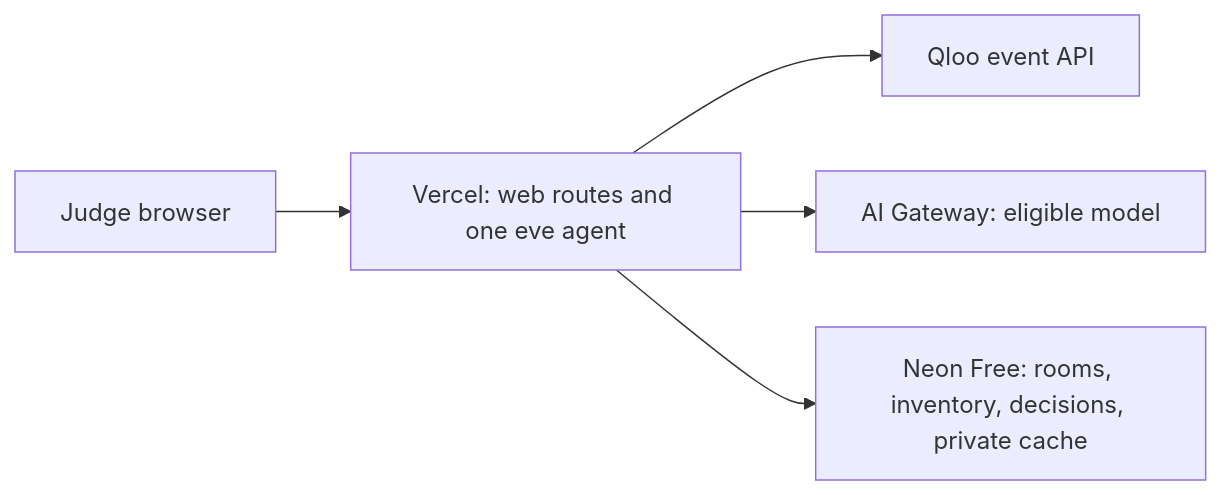
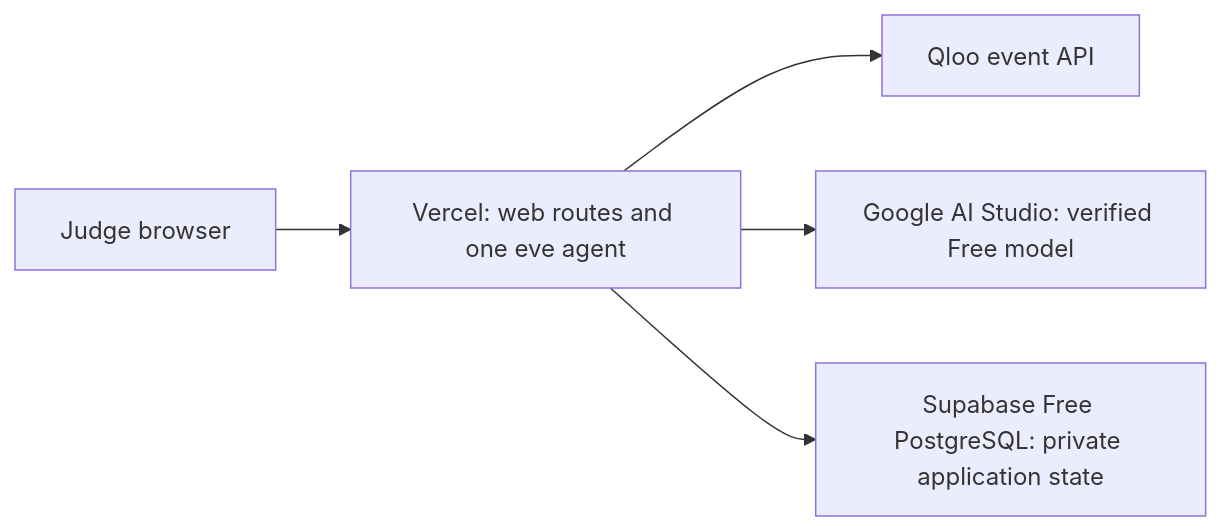
The diagram in docs/RESOURCES_AND_DEPLOYMENT.md (aliirtaza58/cultureloop), drawn with Mermaid before and after one commit. The commit also changed other lines of this file and 13 other files, not shown here.

Commit message:
add google model access

````diff
--- a/docs/RESOURCES_AND_DEPLOYMENT.md
+++ b/docs/RESOURCES_AND_DEPLOYMENT.md
@@ -49,7 +49,7 @@
 ```mermaid
 flowchart LR
   J[Judge browser] --> W[Vercel: web routes and one eve agent]
   W --> Q[Qloo event API]
-  W --> M[AI Gateway: eligible model]
-  W --> D[Neon Free: rooms, inventory, decisions, private cache]
+  W --> M[Google AI Studio: verified Free model]
+  W --> D[Supabase Free PostgreSQL: private application state]
 ```
````
